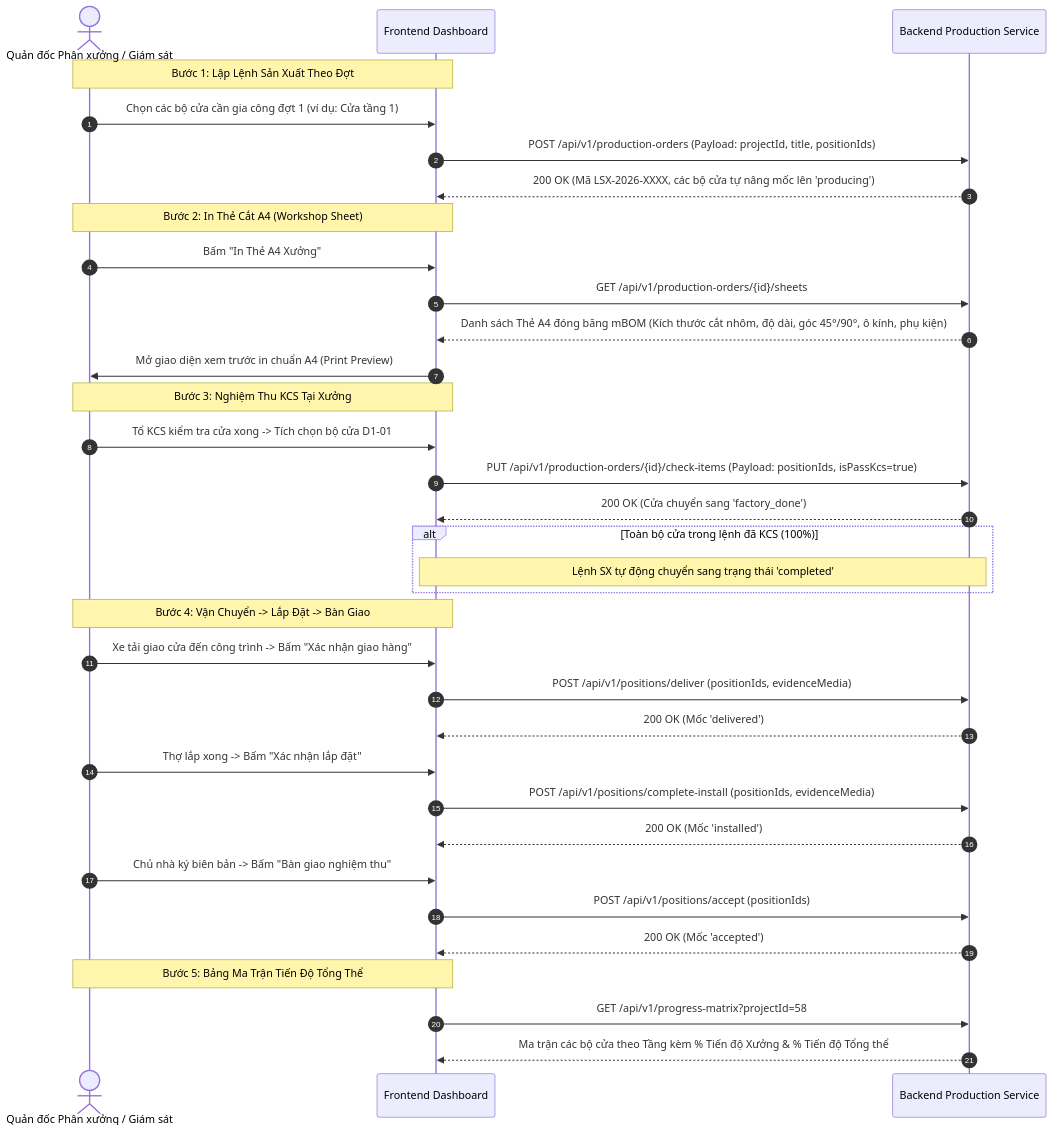
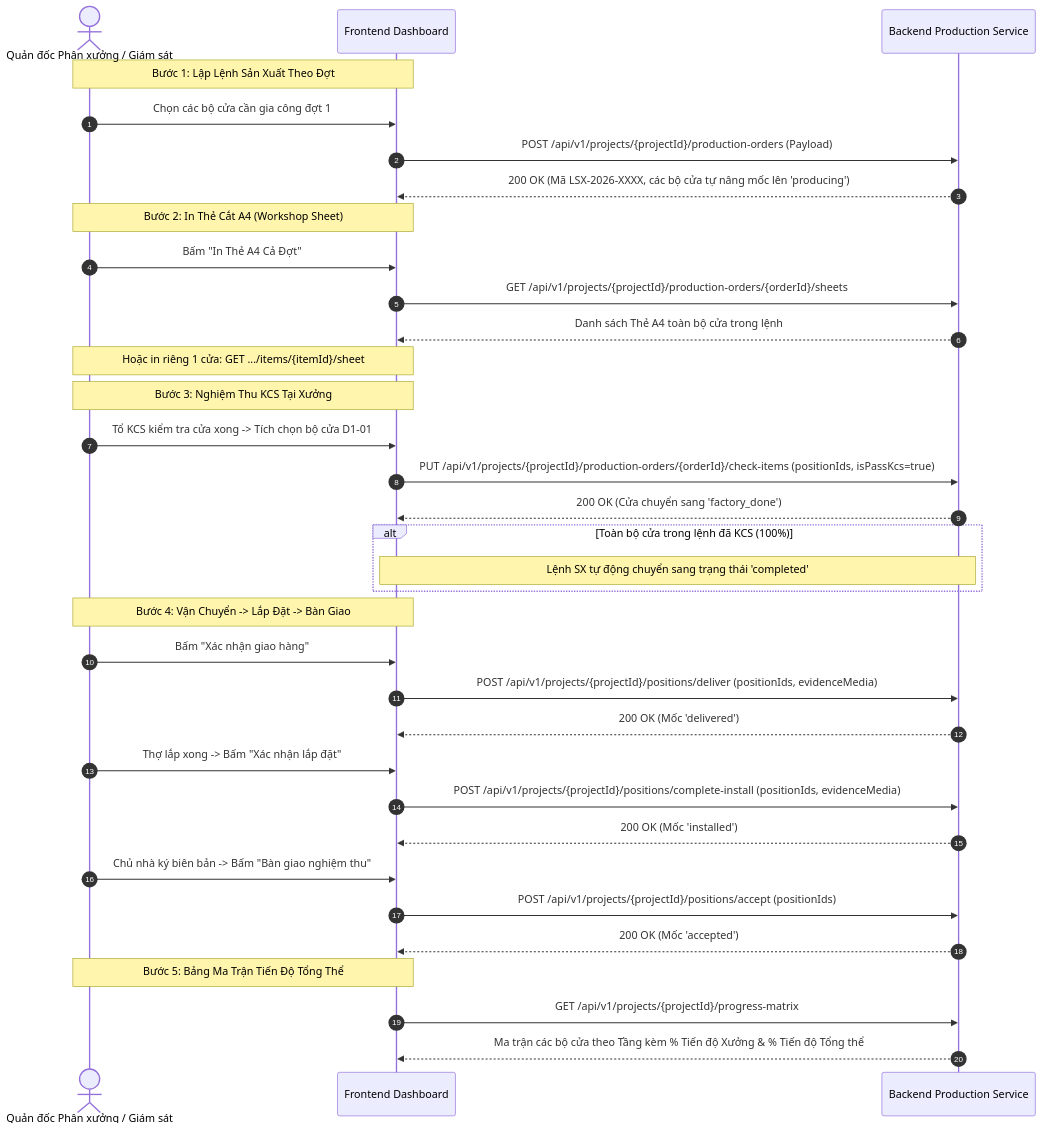
The diagram in docs/step2_project/005_san_xuat_the_a4_va_tien_do.md (XTTechVN/xttech-web-v2), drawn with Mermaid before and after one commit. The commit also changed other lines of this file and 5 other files, not shown here.

Commit message:
docs: add step 2 project documentation covering system architecture, survey, pricing, contracts, production, and inventory workflows

````diff
--- a/docs/step2_project/005_san_xuat_the_a4_va_tien_do.md
+++ b/docs/step2_project/005_san_xuat_the_a4_va_tien_do.md
@@ -9,43 +9,43 @@
 ```mermaid
 sequenceDiagram
     autonumber
     actor Manager as Quản đốc Phân xưởng / Giám sát
     participant FE as Frontend Dashboard
     participant BE as Backend Production Service
 
     Note over Manager, FE: Bước 1: Lập Lệnh Sản Xuất Theo Đợt
-    Manager->>FE: Chọn các bộ cửa cần gia công đợt 1 (ví dụ: Cửa tầng 1)
-    FE->>BE: POST /api/v1/production-orders (Payload: projectId, title, positionIds)
+    Manager->>FE: Chọn các bộ cửa cần gia công đợt 1
+    FE->>BE: POST /api/v1/projects/{projectId}/production-orders (Payload)
     BE-->>FE: 200 OK (Mã LSX-2026-XXXX, các bộ cửa tự nâng mốc lên 'producing')
 
     Note over Manager, FE: Bước 2: In Thẻ Cắt A4 (Workshop Sheet)
-    Manager->>FE: Bấm "In Thẻ A4 Xưởng"
-    FE->>BE: GET /api/v1/production-orders/{id}/sheets
-    BE-->>FE: Danh sách Thẻ A4 đóng băng mBOM (Kích thước cắt nhôm, độ dài, góc 45°/90°, ô kính, phụ kiện)
-    FE->>Manager: Mở giao diện xem trước in chuẩn A4 (Print Preview)
+    Manager->>FE: Bấm "In Thẻ A4 Cả Đợt"
+    FE->>BE: GET /api/v1/projects/{projectId}/production-orders/{orderId}/sheets
+    BE-->>FE: Danh sách Thẻ A4 toàn bộ cửa trong lệnh
+    Note over Manager, FE: Hoặc in riêng 1 cửa: GET .../items/{itemId}/sheet
 
     Note over Manager, FE: Bước 3: Nghiệm Thu KCS Tại Xưởng
     Manager->>FE: Tổ KCS kiểm tra cửa xong -> Tích chọn bộ cửa D1-01
-    FE->>BE: PUT /api/v1/production-orders/{id}/check-items (Payload: positionIds, isPassKcs=true)
+    FE->>BE: PUT /api/v1/projects/{projectId}/production-orders/{orderId}/check-items (positionIds, isPassKcs=true)
     BE-->>FE: 200 OK (Cửa chuyển sang 'factory_done')
     alt Toàn bộ cửa trong lệnh đã KCS (100%)
         Note over BE, FE: Lệnh SX tự động chuyển sang trạng thái 'completed'
     end
 
     Note over Manager, FE: Bước 4: Vận Chuyển -> Lắp Đặt -> Bàn Giao
-    Manager->>FE: Xe tải giao cửa đến công trình -> Bấm "Xác nhận giao hàng"
-    FE->>BE: POST /api/v1/positions/deliver (positionIds, evidenceMedia)
+    Manager->>FE: Bấm "Xác nhận giao hàng"
+    FE->>BE: POST /api/v1/projects/{projectId}/positions/deliver (positionIds, evidenceMedia)
     BE-->>FE: 200 OK (Mốc 'delivered')
 
     Manager->>FE: Thợ lắp xong -> Bấm "Xác nhận lắp đặt"
-    FE->>BE: POST /api/v1/positions/complete-install (positionIds, evidenceMedia)
+    FE->>BE: POST /api/v1/projects/{projectId}/positions/complete-install (positionIds, evidenceMedia)
     BE-->>FE: 200 OK (Mốc 'installed')
 
     Manager->>FE: Chủ nhà ký biên bản -> Bấm "Bàn giao nghiệm thu"
-    FE->>BE: POST /api/v1/positions/accept (positionIds)
+    FE->>BE: POST /api/v1/projects/{projectId}/positions/accept (positionIds)
     BE-->>FE: 200 OK (Mốc 'accepted')
 
     Note over Manager, FE: Bước 5: Bảng Ma Trận Tiến Độ Tổng Thể
-    FE->>BE: GET /api/v1/progress-matrix?projectId=58
+    FE->>BE: GET /api/v1/projects/{projectId}/progress-matrix
     BE-->>FE: Ma trận các bộ cửa theo Tầng kèm % Tiến độ Xưởng & % Tiến độ Tổng thể
 ```
````
